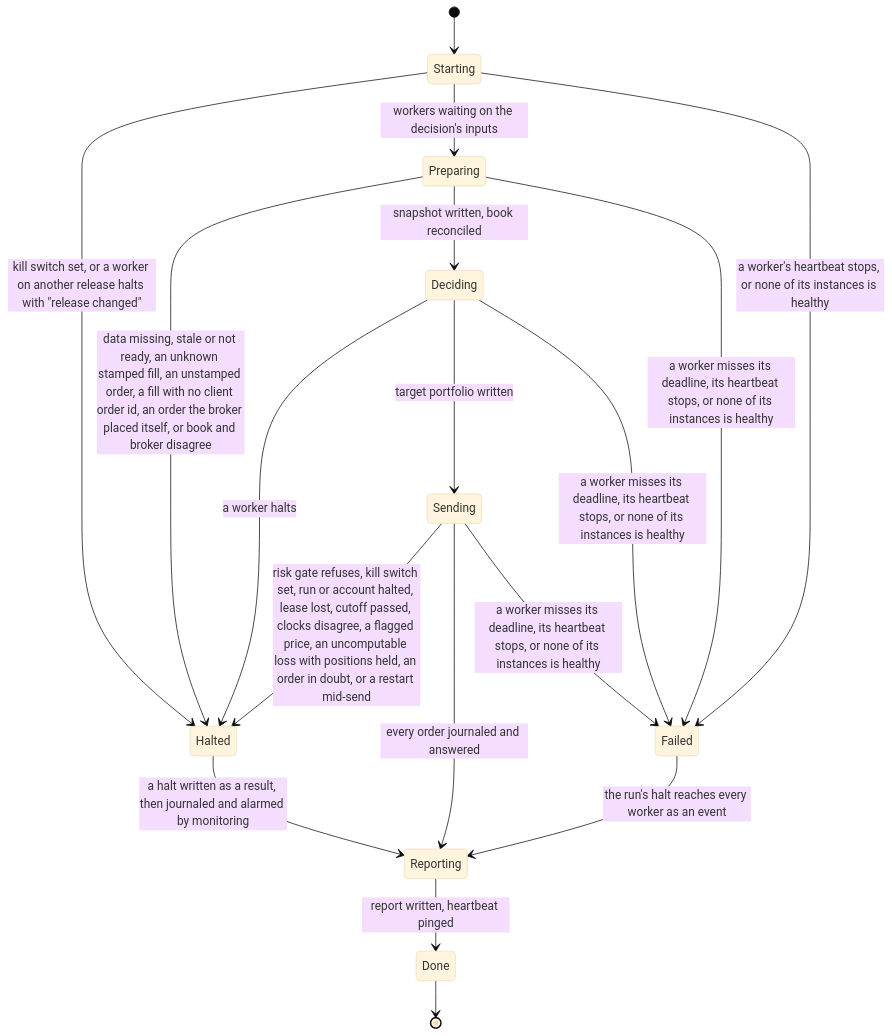
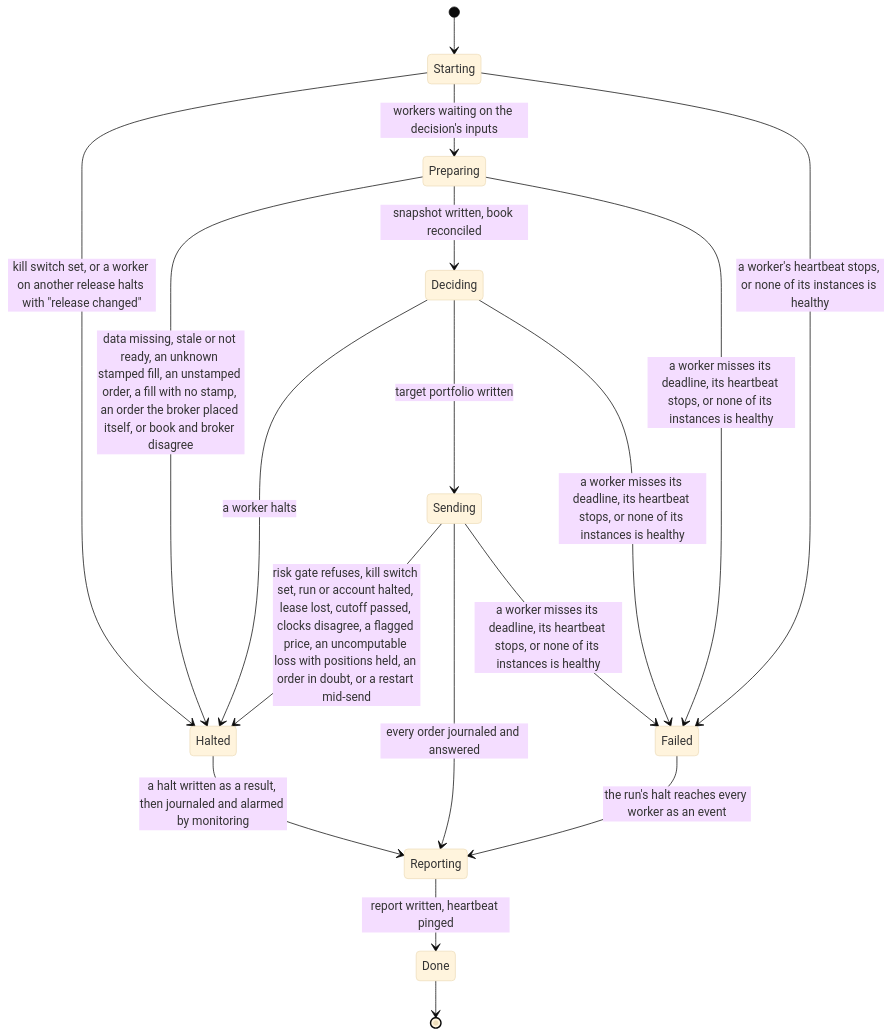
Diagram 29 of 34 in docs/architecture.md (l3a0/ithildin-runtime), drawn with Mermaid (base theme) before and after one commit. The commit also changed other lines of this file and 3 other files, not shown here.

````diff
--- a/docs/architecture.md
+++ b/docs/architecture.md
@@ -2150,20 +2147,20 @@
 ```mermaid
 stateDiagram-v2
     [*] --> Starting
     Starting --> Halted: kill switch set, or a worker on another release halts with "release changed"
     Starting --> Preparing: workers waiting on the decision's inputs
-    Preparing --> Halted: data missing, stale or not ready, an unknown stamped fill, an unstamped order, a fill with no client order id, an order the broker placed itself, or book and broker disagree
+    Preparing --> Halted: data missing, stale or not ready, an unknown stamped fill, an unstamped order, a fill with no stamp, an order the broker placed itself, or book and broker disagree
     Preparing --> Deciding: snapshot written, book reconciled
     Deciding --> Halted: a worker halts
     Deciding --> Sending: target portfolio written
     Sending --> Halted: risk gate refuses, kill switch set, run or account halted, lease lost, cutoff passed, clocks disagree, a flagged price, an uncomputable loss with positions held, an order in doubt, or a restart mid-send
     Sending --> Reporting: every order journaled and answered
     Halted --> Reporting: a halt written as a result, then journaled and alarmed by monitoring
     Reporting --> Done: report written, heartbeat pinged
     Done --> [*]
     Starting --> Failed: a worker's heartbeat stops, or none of its instances is healthy
     Preparing --> Failed: a worker misses its deadline, its heartbeat stops, or none of its instances is healthy
     Deciding --> Failed: a worker misses its deadline, its heartbeat stops, or none of its instances is healthy
     Sending --> Failed: a worker misses its deadline, its heartbeat stops, or none of its instances is healthy
     Failed --> Reporting: the run's halt reaches every worker as an event
 ```
````
